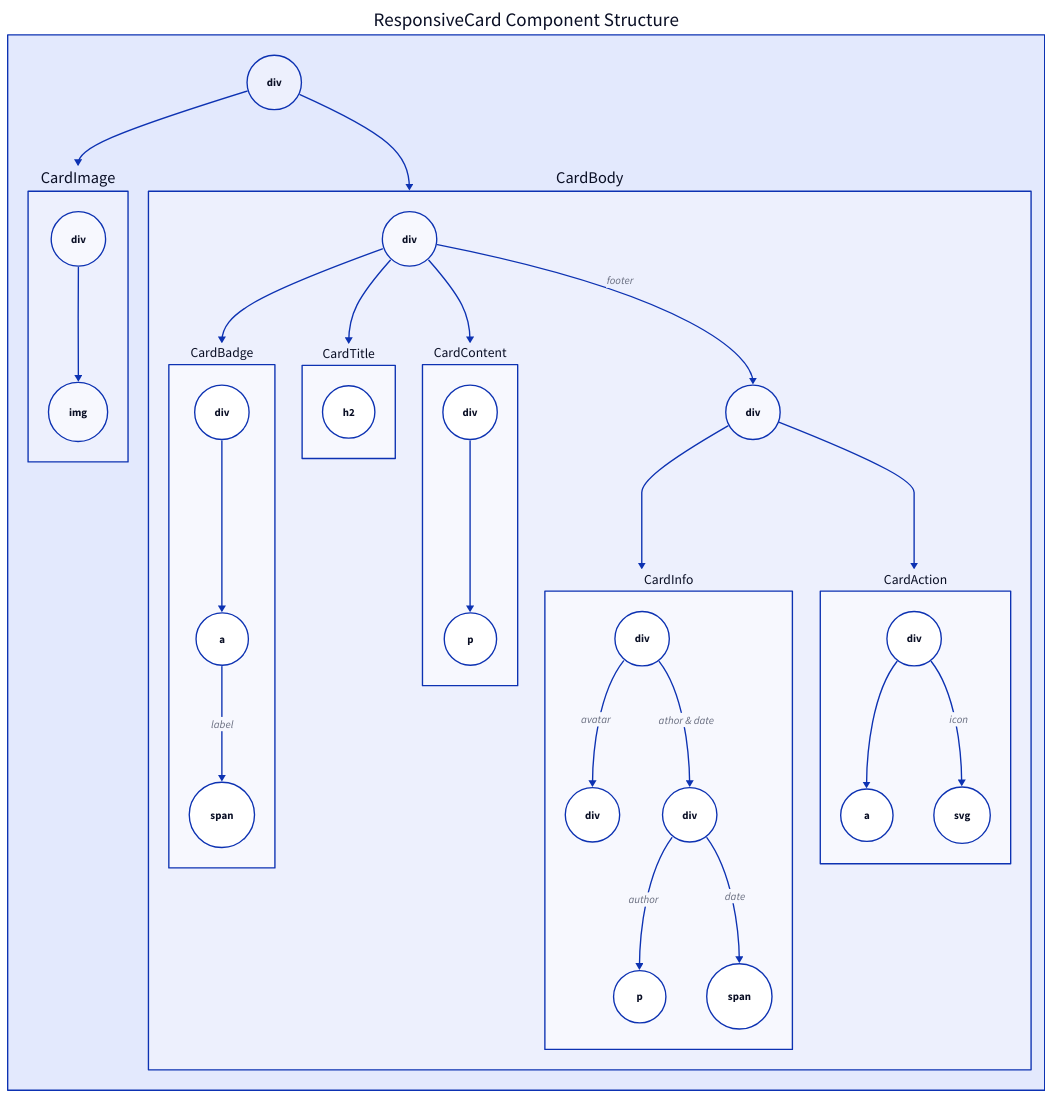
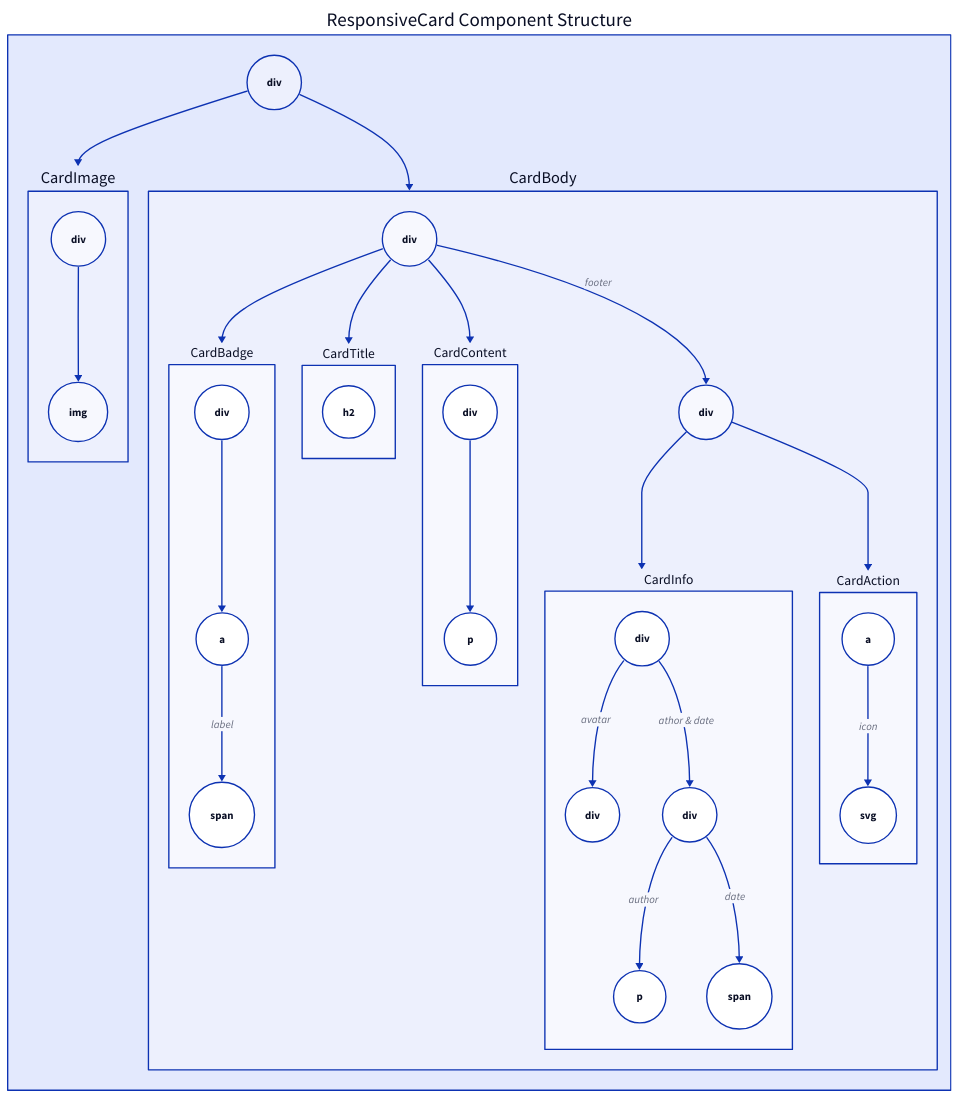
One commit to sveltinio/components-library changed the diagram in packages/widgets/src/lib/components/responsivecard/assets/diagrams/responsive_card.d2. Above: the diagram before and after it, drawn with D2. The commit also changed 2 other files, not shown here.

```diff
--- a/packages/widgets/src/lib/components/responsivecard/assets/diagrams/responsive_card.d2
+++ b/packages/widgets/src/lib/components/responsivecard/assets/diagrams/responsive_card.d2
@@ -1,81 +1,79 @@
 # Layout Engine: Dagre
 DOM: "ResponsiveCard Component Structure" {
   CardImage: {
     # keys, shapes and labels
     div.shape: circle
     img.shape: circle
     # connections
     div -> img
   }
 
   CardBody: {
     # keys, shapes and labels
     div.shape: circle
 
     CardBadge: {
       # keys, shapes and labels
       div.shape: circle
       a.shape: circle
       span.shape: circle
       # connections
       a -> span: label
       div -> a
     }
 
     CardTitle: {
       h2.shape: circle
     }
 
     CardContent: {
       # keys, shapes and labels
       div.shape: circle
       p.shape: circle
       # connections
       div -> p
     }
 
     footer: "div"
     footer.shape: circle
 
     CardInfo: {
       # keys, shapes and labels
       div.shape: circle
       avatarDiv: "div"
       avatarDiv.shape: circle
       infoDiv: "div"
       infoDiv.shape: circle
       pInfoDiv: "p"
       pInfoDiv.shape: circle
       spanInfoDiv: "span"
       spanInfoDiv.shape: circle
       # connections
       infoDiv -> pInfoDiv: author
       infoDiv -> spanInfoDiv: date
       div -> avatarDiv: avatar
       div -> infoDiv: athor & date
     }
 
     CardAction: {
       # keys, shapes and labels
-      div.shape: circle
       a.shape: circle
       svg.shape: circle
       # connections
-      div -> a
-      div -> svg: icon
+      a -> svg: icon
     }
 
     # connections
     div -> CardBadge
     div -> CardTitle
     div -> CardContent
     footer -> CardInfo
     footer -> CardAction
     div -> footer: footer
   }
 
   # connections
   div.shape: circle
   div -> CardImage
   div -> CardBody
 }
```
